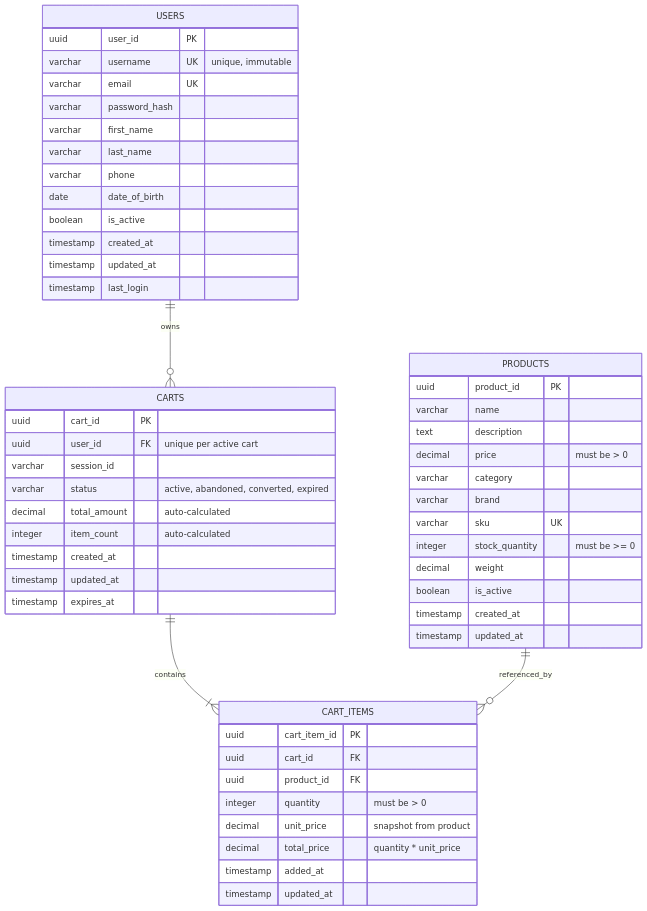
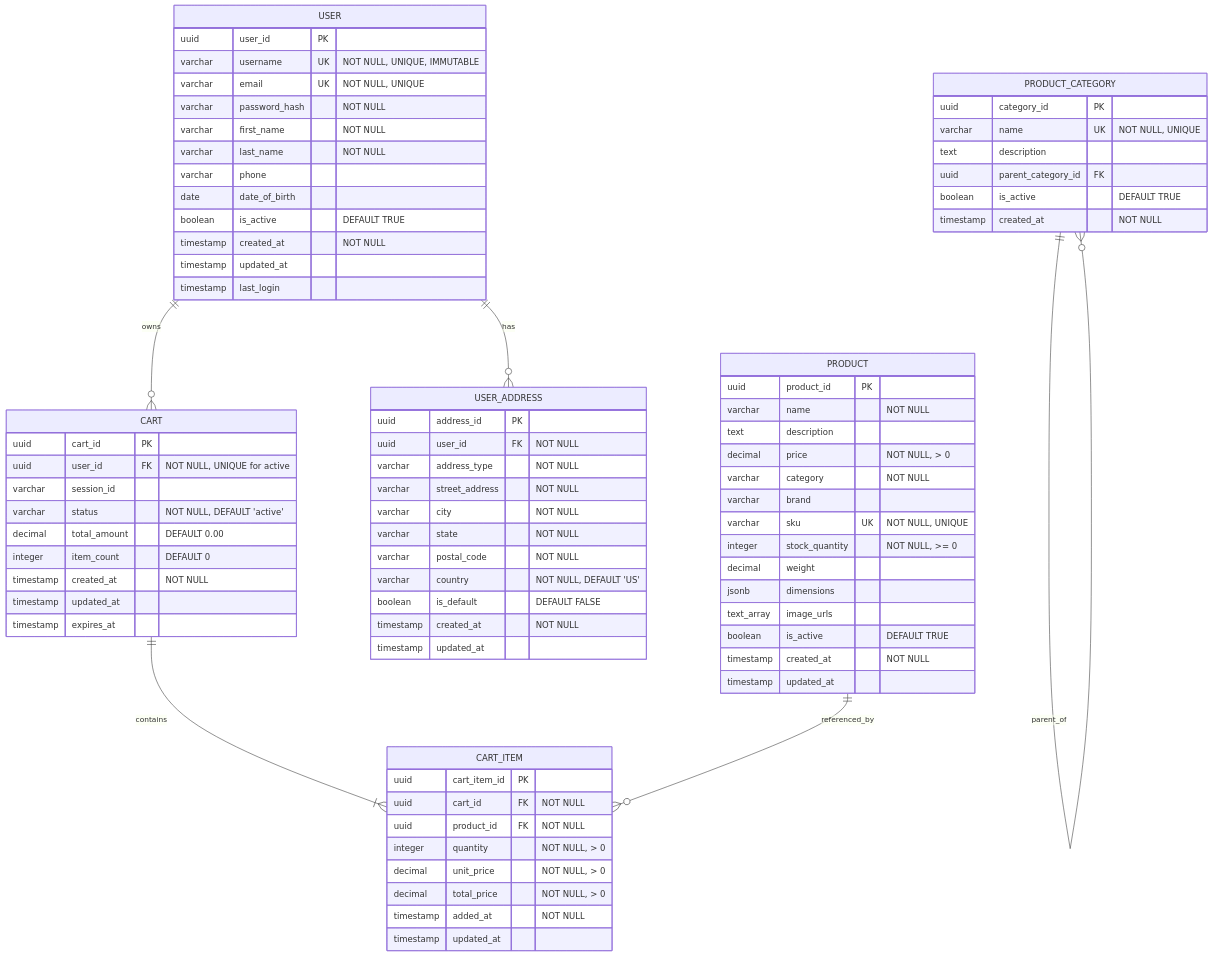
Before and after one commit to NavneetBN47/ecommerce: the diagram in docs/er_diagram.mmd, drawn with Mermaid. The commit also changed 38 other files, not shown here.

```diff
--- a/docs/er_diagram.mmd
+++ b/docs/er_diagram.mmd
@@ -1,57 +1,84 @@
 erDiagram
-    USERS ||--o{ CARTS : "owns"
-    CARTS ||--|{ CART_ITEMS : "contains"
-    PRODUCTS ||--o{ CART_ITEMS : "referenced_by"
-    
-    USERS {
+    USER ||--o{ CART : "owns"
+    USER ||--o{ USER_ADDRESS : "has"
+    CART ||--|{ CART_ITEM : "contains"
+    PRODUCT ||--o{ CART_ITEM : "referenced_by"
+    PRODUCT_CATEGORY ||--o{ PRODUCT_CATEGORY : "parent_of"
+
+    USER {
         uuid user_id PK
-        varchar username UK "unique, immutable"
-        varchar email UK
-        varchar password_hash
-        varchar first_name
-        varchar last_name
+        varchar username UK "NOT NULL, UNIQUE, IMMUTABLE"
+        varchar email UK "NOT NULL, UNIQUE"
+        varchar password_hash "NOT NULL"
+        varchar first_name "NOT NULL"
+        varchar last_name "NOT NULL"
         varchar phone
         date date_of_birth
-        boolean is_active
-        timestamp created_at
+        boolean is_active "DEFAULT TRUE"
+        timestamp created_at "NOT NULL"
         timestamp updated_at
         timestamp last_login
     }
-    
-    PRODUCTS {
+
+    PRODUCT {
         uuid product_id PK
-        varchar name
+        varchar name "NOT NULL"
         text description
-        decimal price "must be > 0"
-        varchar category
+        decimal price "NOT NULL, > 0"
+        varchar category "NOT NULL"
         varchar brand
-        varchar sku UK
-        integer stock_quantity "must be >= 0"
+        varchar sku UK "NOT NULL, UNIQUE"
+        integer stock_quantity "NOT NULL, >= 0"
         decimal weight
-        boolean is_active
-        timestamp created_at
+        jsonb dimensions
+        text_array image_urls
+        boolean is_active "DEFAULT TRUE"
+        timestamp created_at "NOT NULL"
         timestamp updated_at
     }
-    
-    CARTS {
+
+    CART {
         uuid cart_id PK
-        uuid user_id FK "unique per active cart"
+        uuid user_id FK "NOT NULL, UNIQUE for active"
         varchar session_id
-        varchar status "active, abandoned, converted, expired"
-        decimal total_amount "auto-calculated"
-        integer item_count "auto-calculated"
-        timestamp created_at
+        varchar status "NOT NULL, DEFAULT 'active'"
+        decimal total_amount "DEFAULT 0.00"
+        integer item_count "DEFAULT 0"
+        timestamp created_at "NOT NULL"
         timestamp updated_at
         timestamp expires_at
     }
-    
-    CART_ITEMS {
+
+    CART_ITEM {
         uuid cart_item_id PK
-        uuid cart_id FK
-        uuid product_id FK
-        integer quantity "must be > 0"
-        decimal unit_price "snapshot from product"
-        decimal total_price "quantity * unit_price"
-        timestamp added_at
+        uuid cart_id FK "NOT NULL"
+        uuid product_id FK "NOT NULL"
+        integer quantity "NOT NULL, > 0"
+        decimal unit_price "NOT NULL, > 0"
+        decimal total_price "NOT NULL, > 0"
+        timestamp added_at "NOT NULL"
         timestamp updated_at
     }
+
+    USER_ADDRESS {
+        uuid address_id PK
+        uuid user_id FK "NOT NULL"
+        varchar address_type "NOT NULL"
+        varchar street_address "NOT NULL"
+        varchar city "NOT NULL"
+        varchar state "NOT NULL"
+        varchar postal_code "NOT NULL"
+        varchar country "NOT NULL, DEFAULT 'US'"
+        boolean is_default "DEFAULT FALSE"
+        timestamp created_at "NOT NULL"
+        timestamp updated_at
+    }
+
+    PRODUCT_CATEGORY {
+        uuid category_id PK
+        varchar name UK "NOT NULL, UNIQUE"
+        text description
+        uuid parent_category_id FK
+        boolean is_active "DEFAULT TRUE"
+        timestamp created_at "NOT NULL"
+    }
```
